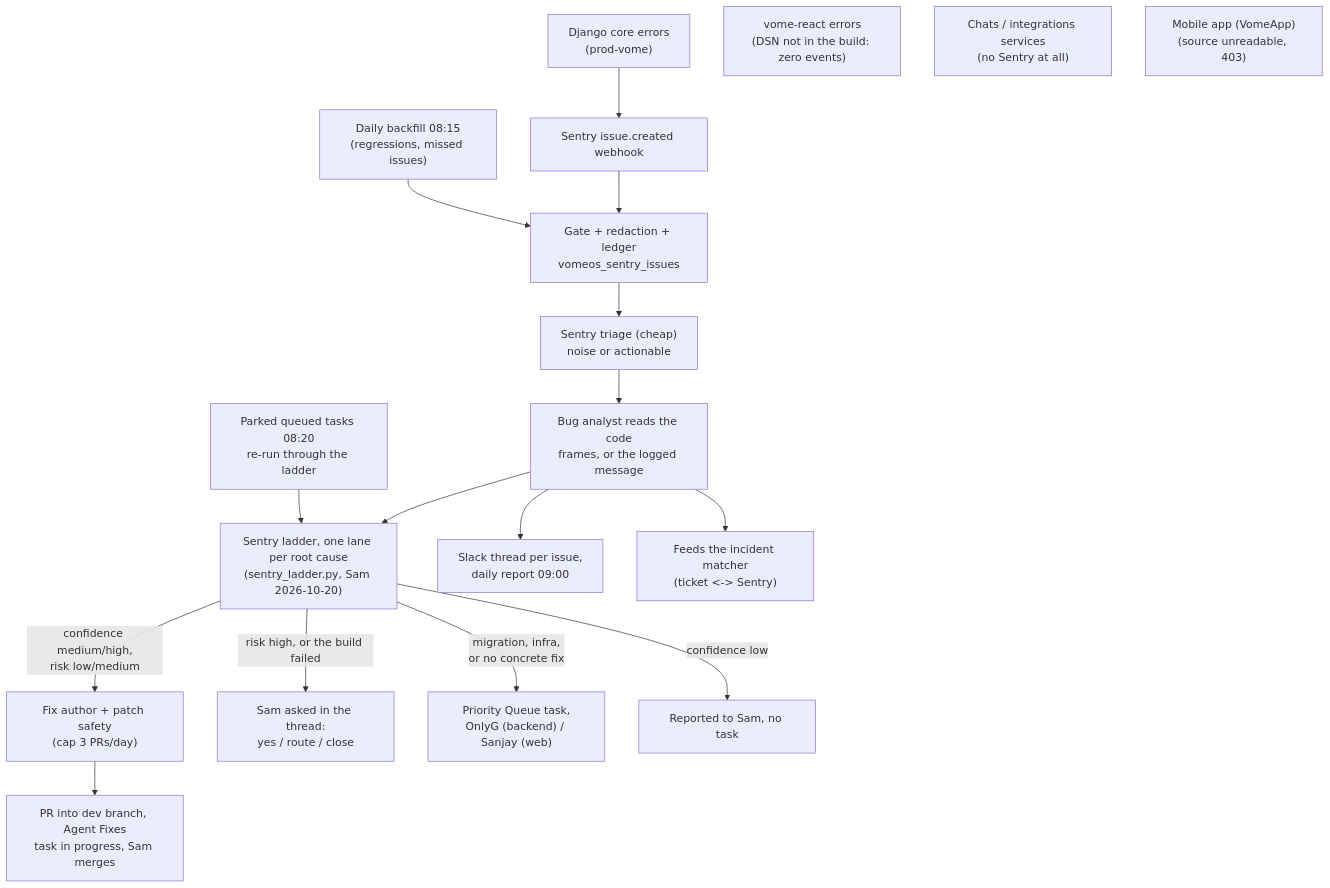
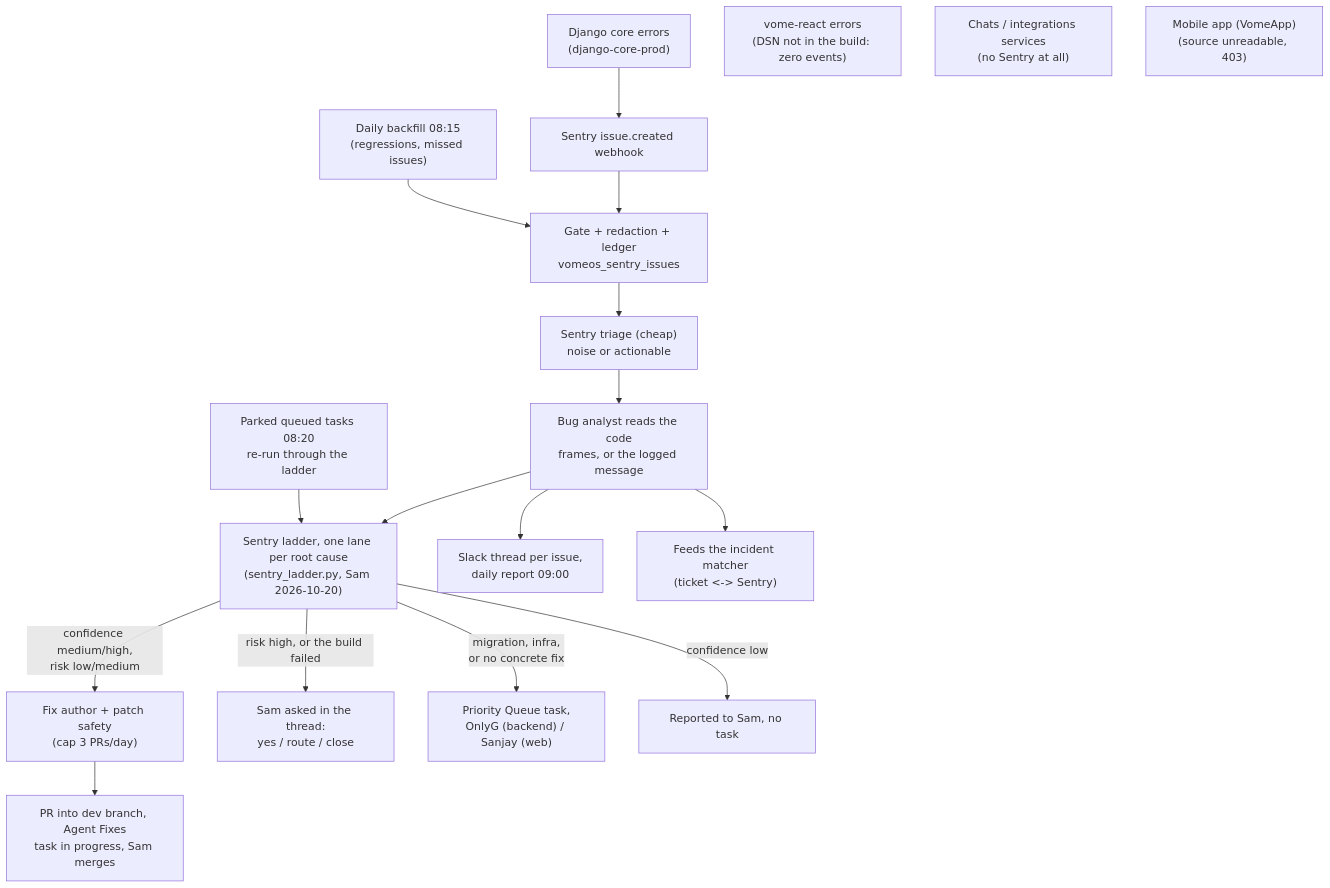
One commit to vomeadmin/vome-os changed the third of 12 diagrams in WORKFLOWS.md. Above: the diagram before and after it, drawn with Mermaid. The commit also changed 9 other files, not shown here.

````diff
--- a/WORKFLOWS.md
+++ b/WORKFLOWS.md
@@ -79,20 +79,20 @@
 ```mermaid
 flowchart TD
-  E1["Django core errors<br/>(prod-vome)"]:::live --> WH["Sentry issue.created webhook"]:::live
+  E1["Django core errors<br/>(django-core-prod)"]:::live --> WH["Sentry issue.created webhook"]:::live
   E2["vome-react errors<br/>(DSN not in the build: zero events)"]:::broken
   E3["Chats / integrations services<br/>(no Sentry at all)"]:::broken
   E4["Mobile app (VomeApp)<br/>(source unreadable, 403)"]:::broken
   WH --> G["Gate + redaction + ledger<br/>vomeos_sentry_issues"]:::live
   BF["Daily backfill 08:15<br/>(regressions, missed issues)"]:::deployed --> G
   G --> TR["Sentry triage (cheap)<br/>noise or actionable"]:::live
   TR --> AN["Bug analyst reads the code<br/>frames, or the logged message"]:::deployed
   AN --> LAD["Sentry ladder, one lane per root cause<br/>(sentry_ladder.py, Sam 2026-10-20)"]:::built
   LAD -->|"confidence medium/high,<br/>risk low/medium"| FX["Fix author + patch safety<br/>(cap 3 PRs/day)"]:::built
   FX --> PRS["PR into dev branch, Agent Fixes<br/>task in progress, Sam merges"]:::built
   LAD -->|"risk high, or the build failed"| GL["Sam asked in the thread:<br/>yes / route / close"]:::built
   LAD -->|"migration, infra,<br/>or no concrete fix"| ENG["Priority Queue task,<br/>OnlyG (backend) / Sanjay (web)"]:::built
   LAD -->|"confidence low"| RPT["Reported to Sam, no task"]:::built
   PK["Parked queued tasks 08:20<br/>re-run through the ladder"]:::built --> LAD
   AN --> SL["Slack thread per issue,<br/>daily report 09:00"]:::live
   AN --> INC["Feeds the incident matcher<br/>(ticket <-> Sentry)"]:::deployed
 ```
````
